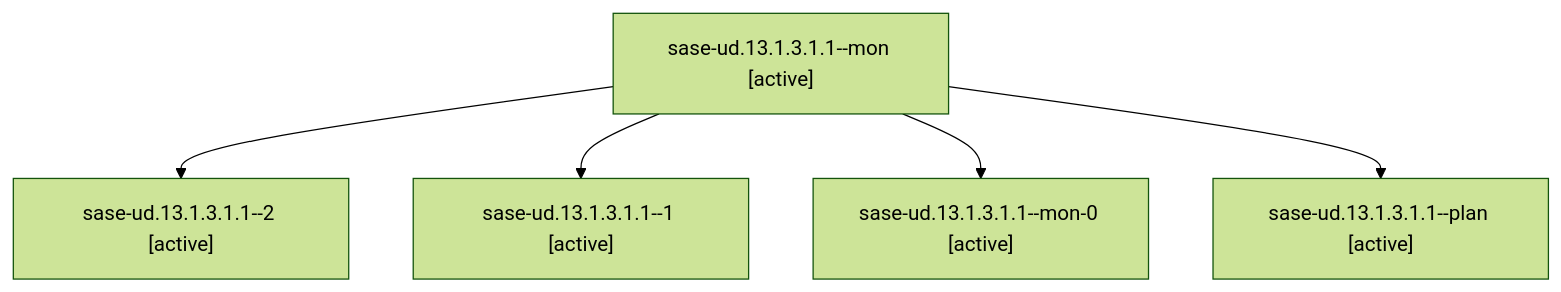
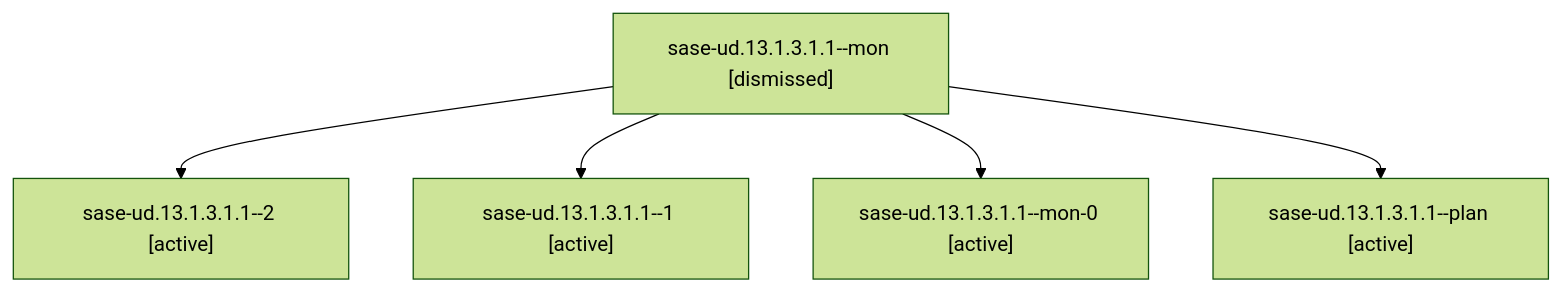
Before and after one commit to sase-org/sase--agents: the diagram in sessions/bbugyi200.athena.sase-ud.13.1.3.1.1.md, drawn with Mermaid (forest theme). The commit also changed other lines of this file and 262 other files, not shown here.

````diff
--- a/sessions/bbugyi200.athena.sase-ud.13.1.3.1.1.md
+++ b/sessions/bbugyi200.athena.sase-ud.13.1.3.1.1.md
@@ -9,12 +9,12 @@
 ```mermaid
 flowchart TD
-  n0["sase-ud.13.1.3.1.1--mon [active]"]
+  n0["sase-ud.13.1.3.1.1--mon [dismissed]"]
   n1["sase-ud.13.1.3.1.1--2 [active]"]
   n0 --> n1
   n2["sase-ud.13.1.3.1.1--1 [active]"]
   n0 --> n2
   n3["sase-ud.13.1.3.1.1--mon-0 [active]"]
   n0 --> n3
   n4["sase-ud.13.1.3.1.1--plan [active]"]
   n0 --> n4
 ```
````
